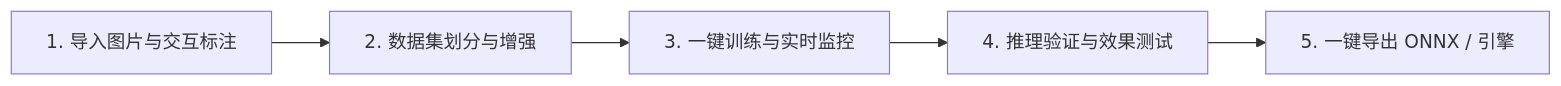
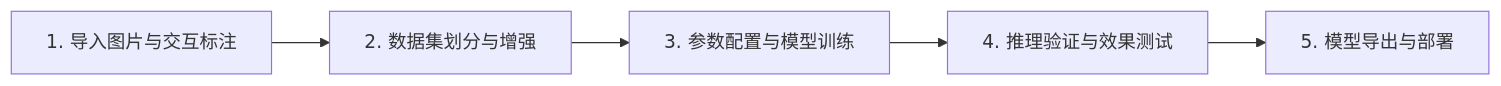
The diagram in Doc/06_USER_MANUAL.md (Messer2024/Yolo_Model_Training), drawn with Mermaid before and after one commit. The commit also changed other lines of this file and 28 other files, not shown here.

````diff
--- a/Doc/06_USER_MANUAL.md
+++ b/Doc/06_USER_MANUAL.md
@@ -12,7 +12,7 @@
 ```mermaid
 graph LR
     Step1["1. 导入图片与交互标注"] --> Step2["2. 数据集划分与增强"]
-    Step2 --> Step3["3. 一键训练与实时监控"]
+    Step2 --> Step3["3. 参数配置与模型训练"]
     Step3 --> Step4["4. 推理验证与效果测试"]
-    Step4 --> Step5["5. 一键导出 ONNX / 引擎"]
+    Step4 --> Step5["5. 模型导出与部署"]
 ```
````
